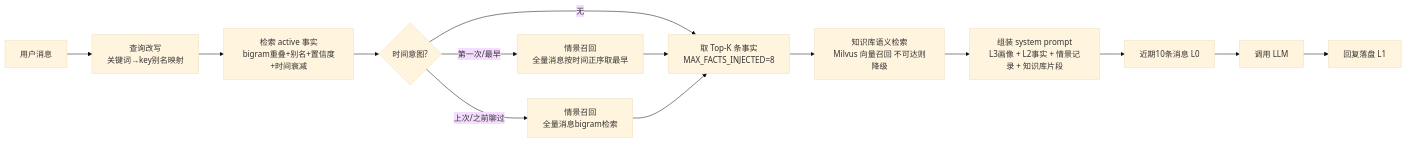
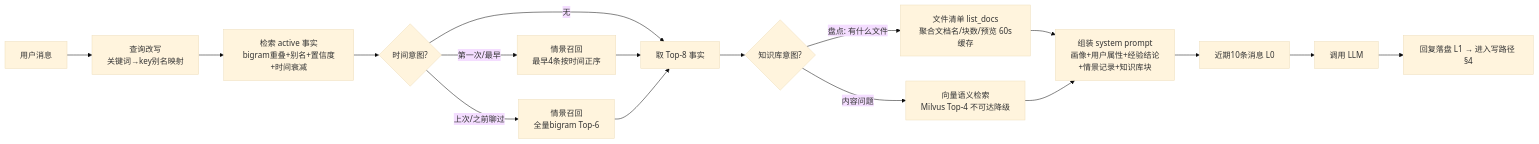
Before and after one commit to noblerock5/memory-agent: the third of 3 diagrams in docs/memory-architecture.md, drawn with Mermaid (base theme). The commit also changed other lines of this file and 1 other file, not shown here.

First line of the commit message:
docs: 全链路调用时序图 + 知识库双路由流程图 + 动态 HTML 演示页

````diff
--- a/docs/memory-architecture.md
+++ b/docs/memory-architecture.md
@@ -110,16 +141,19 @@
 ```mermaid
 flowchart LR
     A[用户消息] --> B[查询改写<br>关键词→key别名映射]
     B --> C[检索 active 事实<br>bigram重叠+别名+置信度+时间衰减]
     C --> C2{时间意图?}
-    C2 -- "第一次/最早" --> C3[情景召回<br>全量消息按时间正序取最早]
-    C2 -- "上次/之前聊过" --> C4[情景召回<br>全量消息bigram检索]
+    C2 -- "第一次/最早" --> C3[情景召回<br>最早4条按时间正序]
+    C2 -- "上次/之前聊过" --> C4[情景召回<br>全量bigram Top-6]
     C2 -- 无 --> D
-    C3 --> D[取 Top-K 条事实<br>MAX_FACTS_INJECTED=8]
+    C3 --> D[取 Top-8 事实]
     C4 --> D
-    D --> K[知识库语义检索<br>Milvus 向量召回 不可达则降级]
-    K --> E[组装 system prompt<br>L3画像 + L2事实 + 情景记录 + 知识库片段]
+    D --> K{知识库意图?}
+    K -- "盘点: 有什么文件" --> K1[文件清单 list_docs<br>聚合文档名/块数/预览 60s缓存]
+    K -- 内容问题 --> K2[向量语义检索<br>Milvus Top-4 不可达降级]
+    K1 --> E[组装 system prompt<br>画像+用户属性+经验结论<br>+情景记录+知识库块]
+    K2 --> E
     E --> F[近期10条消息 L0]
     F --> G[调用 LLM]
-    G --> H[回复落盘 L1]
+    G --> H[回复落盘 L1 → 进入写路径 §4]
 ```
````
